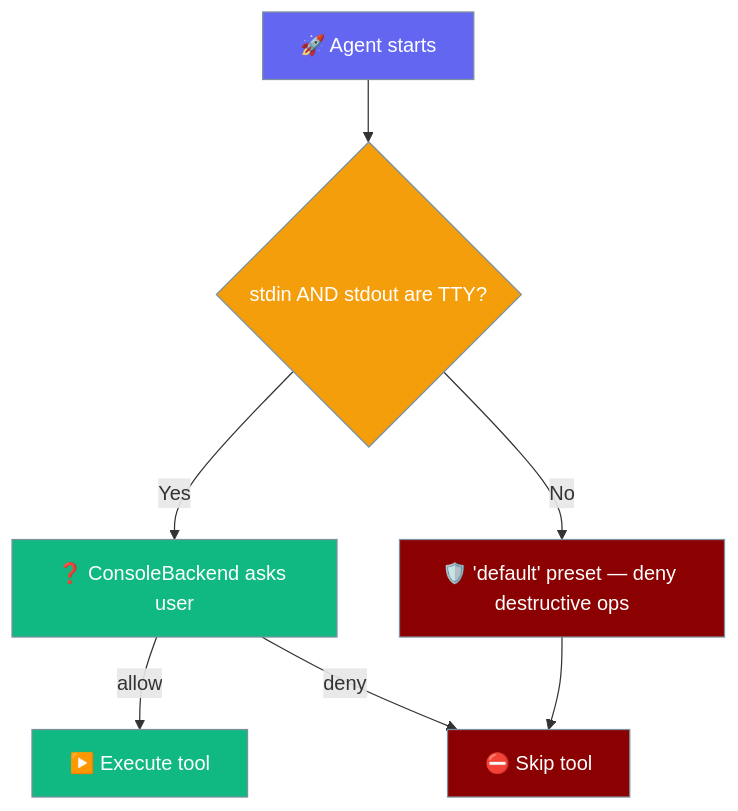
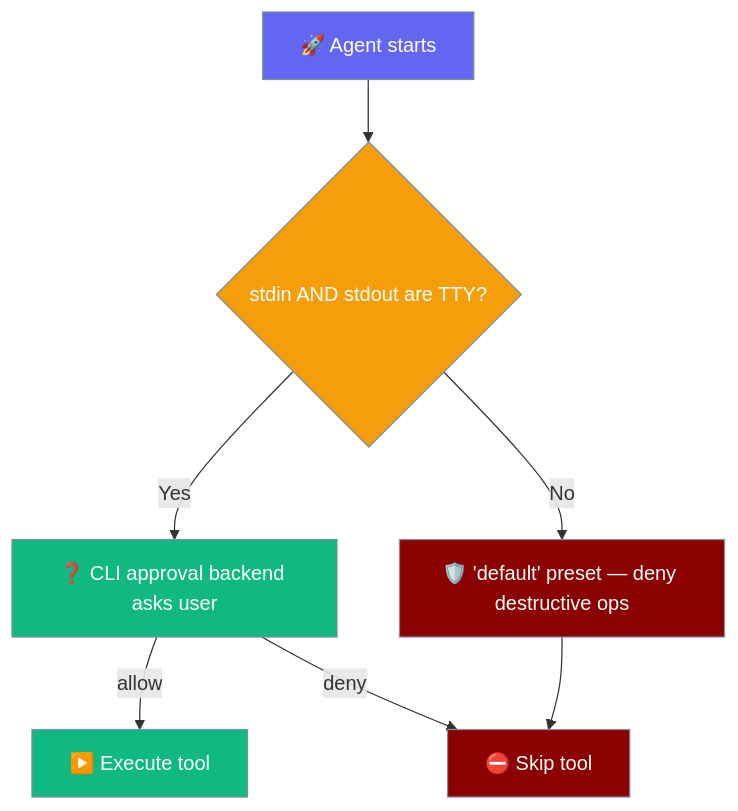
Before and after one commit to MervinPraison/PraisonAIDocs: the third of 12 diagrams in docs/features/approval.mdx, drawn with Mermaid. The commit also changed other lines of this file and 3 other files, not shown here.

First line of the commit message:
docs: clarify ConsoleBackend vs InteractiveCLIApprovalBackend in approval docs (fixes #3757)

````diff
--- a/docs/features/approval.mdx
+++ b/docs/features/approval.mdx
@@ -290,19 +290,19 @@
 ```mermaid
 graph TB
     Start[🚀 Agent starts] --> Check{stdin AND stdout are TTY?}
-    Check -->|Yes| Ask[❓ ConsoleBackend asks user]
+    Check -->|Yes| Ask[❓ CLI approval backend asks user]
     Check -->|No| Preset[🛡️ 'default' preset — deny destructive ops]
     Ask -->|allow| Exec[▶️ Execute tool]
     Ask -->|deny| Block[⛔ Skip tool]
     Preset --> Block
 
     classDef start fill:#6366F1,stroke:#7C90A0,color:#fff
     classDef check fill:#F59E0B,stroke:#7C90A0,color:#fff
     classDef ok fill:#10B981,stroke:#7C90A0,color:#fff
     classDef bad fill:#8B0000,stroke:#7C90A0,color:#fff
 
     class Start start
     class Check check
     class Ask,Exec ok
     class Block,Preset bad
 ```
````
